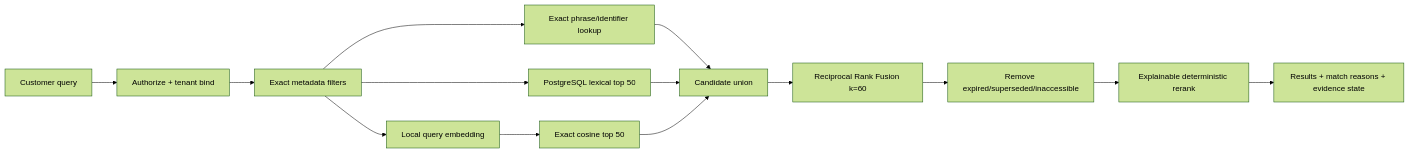
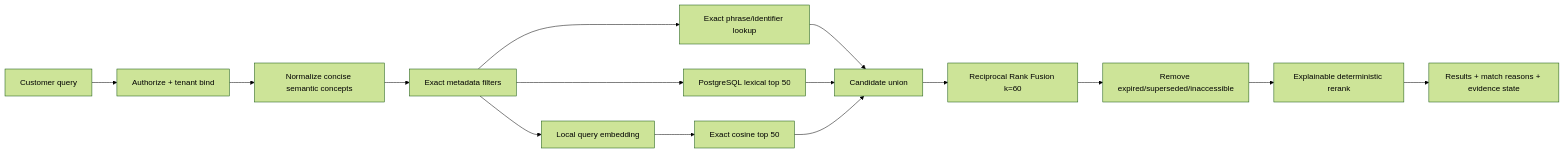
One commit to mahamannu-ux/TrackAI-V1 changed the sixth of 8 diagrams in docs/TASK5_SEMANTIC_EVIDENCE_DESIGN.md. Above: the diagram before and after it, drawn with Mermaid (forest theme). The commit also changed other lines of this file and 1 other file, not shown here.

````diff
--- a/docs/TASK5_SEMANTIC_EVIDENCE_DESIGN.md
+++ b/docs/TASK5_SEMANTIC_EVIDENCE_DESIGN.md
@@ -227,16 +230,17 @@
 ```mermaid
 flowchart LR
   Q[Customer query] --> A[Authorize + tenant bind]
-  A --> M[Exact metadata filters]
+  A --> N[Normalize concise semantic concepts]
+  N --> M[Exact metadata filters]
   M --> X[Exact phrase/identifier lookup]
   M --> L[PostgreSQL lexical top 50]
   M --> D[Local query embedding]
   D --> V[Exact cosine top 50]
   X --> U[Candidate union]
   L --> U
   V --> U
   U --> R[Reciprocal Rank Fusion k=60]
   R --> C[Remove expired/superseded/inaccessible]
   C --> B[Explainable deterministic rerank]
   B --> O[Results + match reasons + evidence state]
 ```
````
